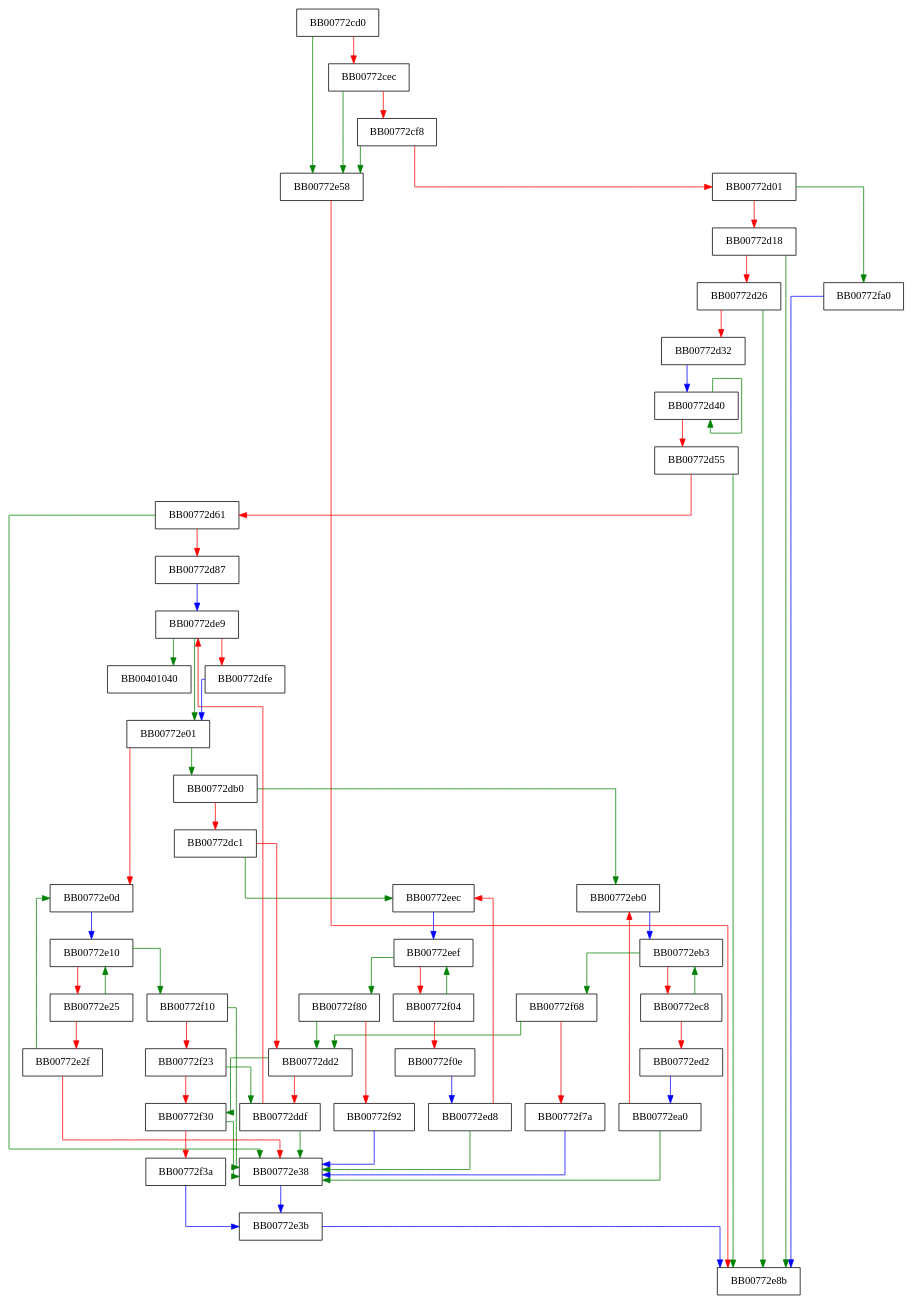
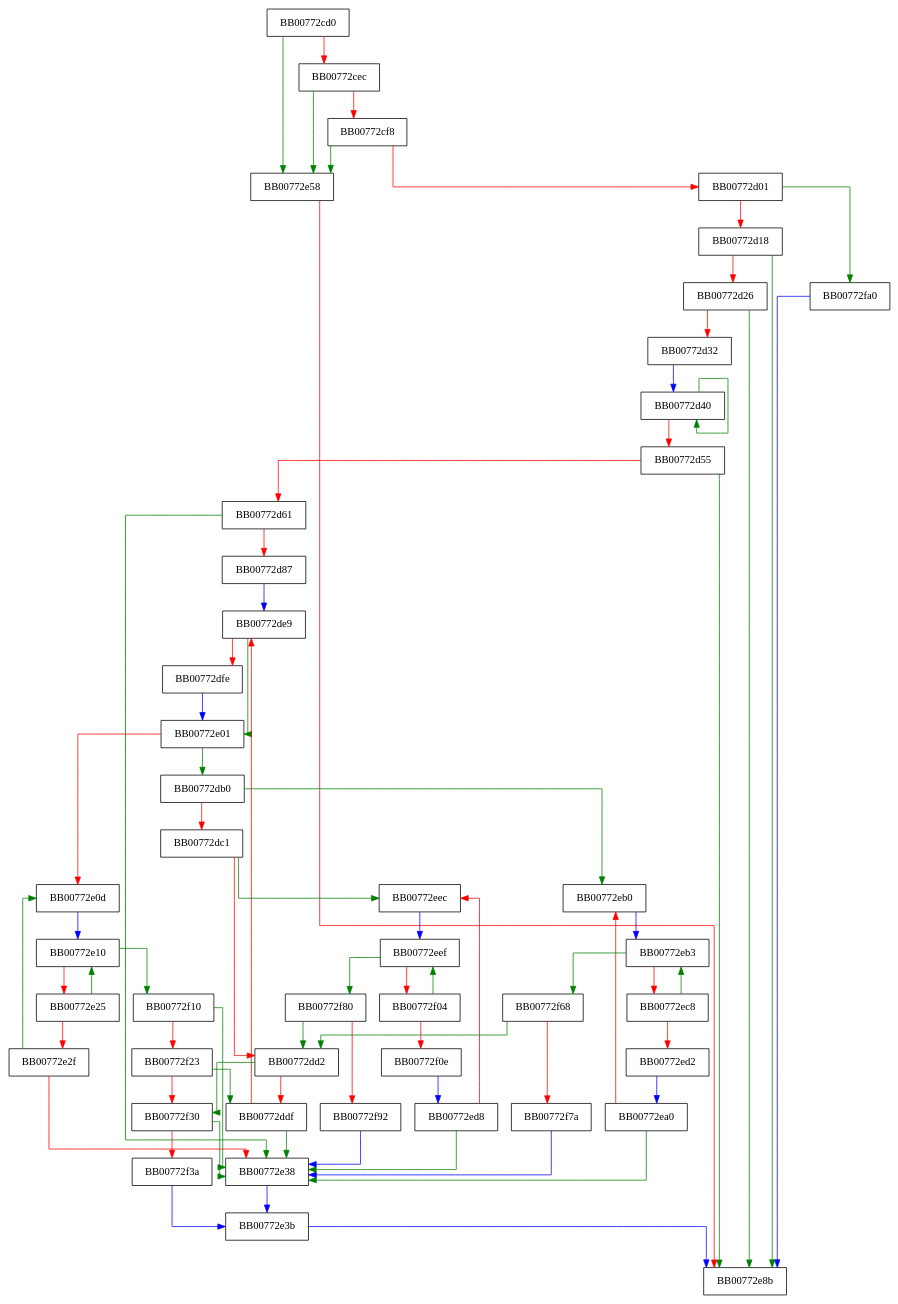
One commit to v-p-b/ghidra-function-graph-datasets changed the diagram in openssl-static-gcc-dwarf/00772cd0.dot. Above: the diagram before and after it, drawn with Graphviz. The commit also changed 16867 other files, not shown here.

```diff
--- a/openssl-static-gcc-dwarf/00772cd0.dot
+++ b/openssl-static-gcc-dwarf/00772cd0.dot
@@ -1,78 +1,77 @@
 digraph ossl_hpke_str2suite {
   node [shape="box"];
   graph [splines=ortho];
   BB00772cd0 -> BB00772e58 [color="green"];
   BB00772cd0 -> BB00772cec [color="red"];
   BB00772cec -> BB00772e58 [color="green"];
   BB00772cec -> BB00772cf8 [color="red"];
   BB00772cf8 -> BB00772e58 [color="green"];
   BB00772cf8 -> BB00772d01 [color="red"];
   BB00772d01 -> BB00772fa0 [color="green"];
   BB00772d01 -> BB00772d18 [color="red"];
   BB00772d18 -> BB00772e8b [color="green"];
   BB00772d18 -> BB00772d26 [color="red"];
   BB00772d26 -> BB00772e8b [color="green"];
   BB00772d26 -> BB00772d32 [color="red"];
   BB00772d32 -> BB00772d40 [color="blue"];
   BB00772d40 -> BB00772d40 [color="green"];
   BB00772d40 -> BB00772d55 [color="red"];
   BB00772d55 -> BB00772e8b [color="green"];
   BB00772d55 -> BB00772d61 [color="red"];
   BB00772d61 -> BB00772e38 [color="green"];
   BB00772d61 -> BB00772d87 [color="red"];
   BB00772d87 -> BB00772de9 [color="blue"];
   BB00772db0 -> BB00772eb0 [color="green"];
   BB00772db0 -> BB00772dc1 [color="red"];
   BB00772dc1 -> BB00772eec [color="green"];
   BB00772dc1 -> BB00772dd2 [color="red"];
   BB00772dd2 -> BB00772f30 [color="green"];
   BB00772dd2 -> BB00772ddf [color="red"];
   BB00772ddf -> BB00772e38 [color="green"];
   BB00772ddf -> BB00772de9 [color="red"];
-  BB00772de9 -> BB00401040 [color="green"];
   BB00772de9 -> BB00772e01 [color="green"];
   BB00772de9 -> BB00772dfe [color="red"];
   BB00772dfe -> BB00772e01 [color="blue"];
   BB00772e01 -> BB00772db0 [color="green"];
   BB00772e01 -> BB00772e0d [color="red"];
   BB00772e0d -> BB00772e10 [color="blue"];
   BB00772e10 -> BB00772f10 [color="green"];
   BB00772e10 -> BB00772e25 [color="red"];
   BB00772e25 -> BB00772e10 [color="green"];
   BB00772e25 -> BB00772e2f [color="red"];
   BB00772e2f -> BB00772e0d [color="green"];
   BB00772e2f -> BB00772e38 [color="red"];
   BB00772e38 -> BB00772e3b [color="blue"];
   BB00772e3b -> BB00772e8b [color="blue"];
   BB00772e58 -> BB00772e8b [color="red"];
   BB00772ea0 -> BB00772e38 [color="green"];
   BB00772ea0 -> BB00772eb0 [color="red"];
   BB00772eb0 -> BB00772eb3 [color="blue"];
   BB00772eb3 -> BB00772f68 [color="green"];
   BB00772eb3 -> BB00772ec8 [color="red"];
   BB00772ec8 -> BB00772eb3 [color="green"];
   BB00772ec8 -> BB00772ed2 [color="red"];
   BB00772ed2 -> BB00772ea0 [color="blue"];
   BB00772ed8 -> BB00772e38 [color="green"];
   BB00772ed8 -> BB00772eec [color="red"];
   BB00772eec -> BB00772eef [color="blue"];
   BB00772eef -> BB00772f80 [color="green"];
   BB00772eef -> BB00772f04 [color="red"];
   BB00772f04 -> BB00772eef [color="green"];
   BB00772f04 -> BB00772f0e [color="red"];
   BB00772f0e -> BB00772ed8 [color="blue"];
   BB00772f10 -> BB00772e38 [color="green"];
   BB00772f10 -> BB00772f23 [color="red"];
   BB00772f23 -> BB00772ddf [color="green"];
   BB00772f23 -> BB00772f30 [color="red"];
   BB00772f30 -> BB00772e38 [color="green"];
   BB00772f30 -> BB00772f3a [color="red"];
   BB00772f3a -> BB00772e3b [color="blue"];
   BB00772f68 -> BB00772dd2 [color="green"];
   BB00772f68 -> BB00772f7a [color="red"];
   BB00772f7a -> BB00772e38 [color="blue"];
   BB00772f80 -> BB00772dd2 [color="green"];
   BB00772f80 -> BB00772f92 [color="red"];
   BB00772f92 -> BB00772e38 [color="blue"];
   BB00772fa0 -> BB00772e8b [color="blue"];
 }
```
